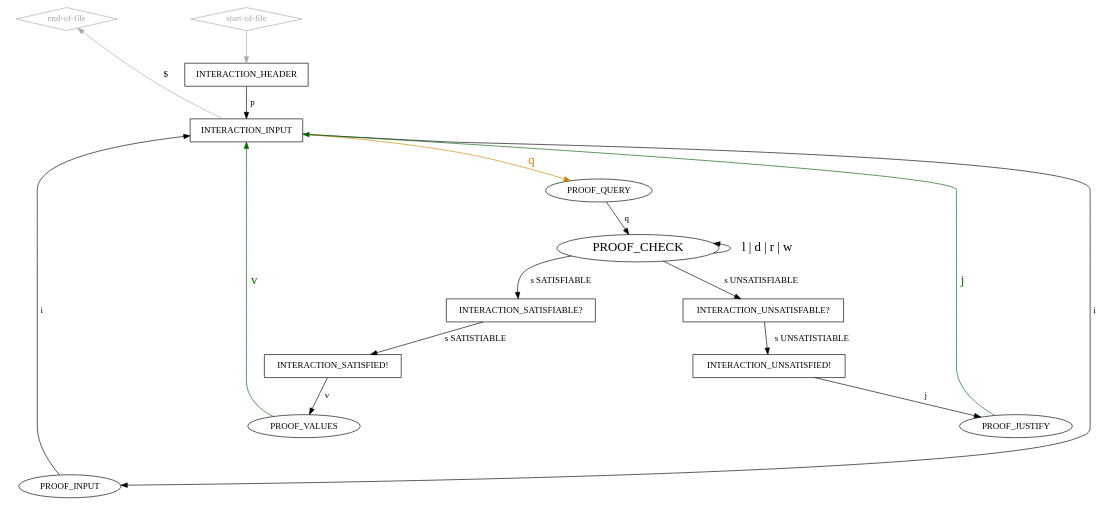
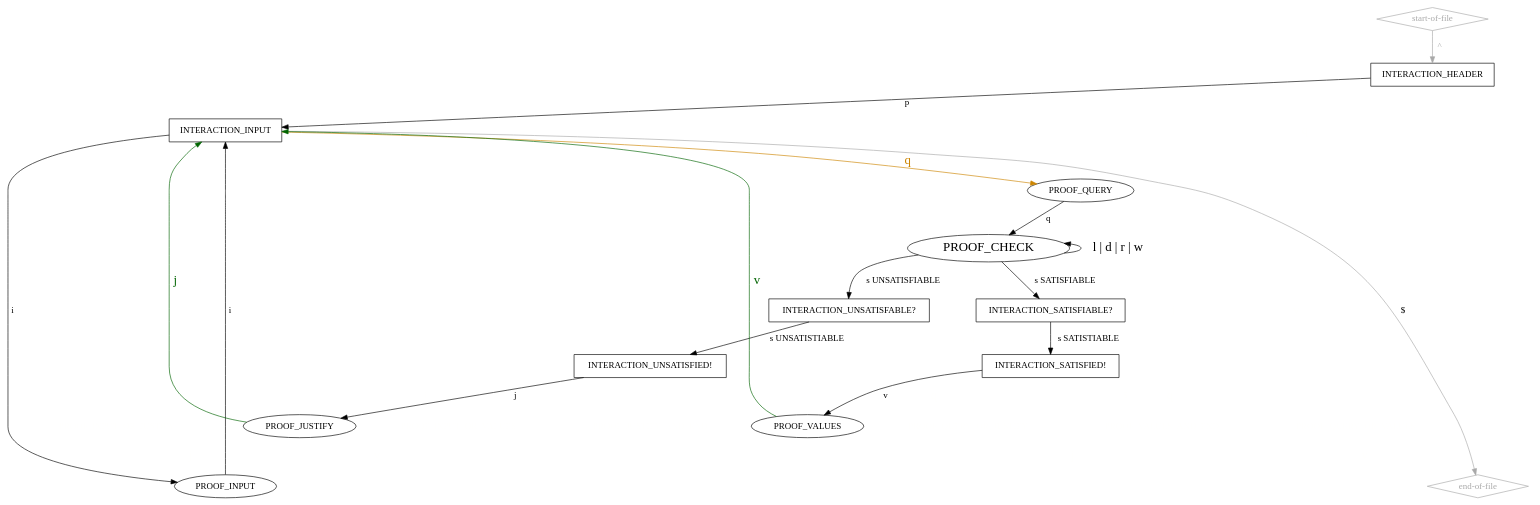
The diagram in idrup-check-pedantic.dot (arminbiere/lidrup-check), drawn with Graphviz before and after one commit. The commit also changed 2 other files, not shown here.

```diff
--- a/idrup-check-pedantic.dot
+++ b/idrup-check-pedantic.dot
@@ -1,65 +1,72 @@
 digraph "idrup-check" {
 
   "start-of-file" [shape=diamond,color=darkgray,fontcolor=darkgray];
-  "start-of-file" -> INTERACTION_HEADER [weight=2,color=darkgray];
+  "start-of-file" -> INTERACTION_HEADER [label=" ^ ",weight=2,color=darkgray,fontcolor=darkgray];
 
   "end-of-file" [shape=diamond,color=darkgray,fontcolor=darkgray];
 
   // INTERACTION_HEADER -> "end-of-file";
   // INTERACTION_INPUT -> "end-of-file";
    "end-of-file" -> INTERACTION_HEADER [label="$    ",dir=back,color=darkgray,style=invis];
    "end-of-file" -> INTERACTION_INPUT [label="$    ",dir=back,color=darkgray];
 
   INTERACTION_HEADER [shape=box];
   INTERACTION_HEADER -> PROOF_INPUT [label=" i ",style=invis];
   INTERACTION_HEADER -> PROOF_QUERY [label=" q ",color=invis,fontsize=20,fontcolor=invis];
   INTERACTION_HEADER -> INTERACTION_INPUT [label=" p ",weight=2];
 
   INTERACTION_INPUT [shape=box];
   INTERACTION_INPUT -> PROOF_INPUT [label=" i ",weight=2];
   INTERACTION_INPUT -> PROOF_QUERY [label=" q ",weight=2,color=orange3,fontsize=20,fontcolor=orange3];
 
   PROOF_INPUT -> INTERACTION_INPUT [label=" i ",weight=3];
 
   PROOF_QUERY -> PROOF_CHECK [label=" q "];
 
   PROOF_CHECK [fontsize=20];
   PROOF_CHECK -> PROOF_CHECK [label=" l | d | r | w ",dir=back,fontsize=20];
   PROOF_CHECK -> INTERACTION_SATISFIABLE [label=" s SATISFIABLE "];
   PROOF_CHECK -> INTERACTION_UNSATISFABLE [label=" s UNSATISFIABLE "];
 
   INTERACTION_UNSATISFABLE [shape="box",label="INTERACTION_UNSATISFABLE?"];
   INTERACTION_UNSATISFABLE -> INTERACTION_UNSATISFIED [label=" s UNSATISTIABLE "];
 
   INTERACTION_SATISFIABLE [shape="box",label="INTERACTION_SATISFIABLE?"];
   INTERACTION_SATISFIABLE -> INTERACTION_SATISFIED [label=" s SATISTIABLE "];
 
   INTERACTION_SATISFIED [shape=box,label="INTERACTION_SATISFIED!"];
   INTERACTION_SATISFIED -> PROOF_VALUES [label=" v "];
   INTERACTION_SATISFIED -> PROOF_INPUT_OR_VALUES [label=" i ",color=invis,fontcolor=invis];
   INTERACTION_SATISFIED -> PROOF_QUERY_OR_VALUES [label=" q ", color=invis,fontsize=20,fontcolor=invis];
+  INTERACTION_SATISFIED -> PROOF_VALUES_AND_END [label=" $ ",color=invis,fontcolor=invis];
 
   INTERACTION_UNSATISFIED [shape=box,label="INTERACTION_UNSATISFIED!"];
   INTERACTION_UNSATISFIED -> PROOF_JUSTIFY [label=" j "];
   INTERACTION_UNSATISFIED -> PROOF_INPUT_OR_JUSTIFY [label=" i ",color=invis,fontcolor=invis];
   INTERACTION_UNSATISFIED -> PROOF_QUERY_OR_JUSTIFY [label=" q ",color=invis,fontsize=20,fontcolor=invis];
+  INTERACTION_UNSATISFIED -> PROOF_JUSTIFY_AND_END [label=" $ ",color=invis,fontcolor=invis];
+
+  PROOF_VALUES_AND_END [color=invis,fontcolor=invis]
+  PROOF_VALUES_AND_END -> "end-of-file" [label=" v ",color=invis,fontsize=20,fontcolor=invis];
+  PROOF_JUSTIFY_AND_END [color=invis,fontcolor=invis]
+  PROOF_JUSTIFY_AND_END -> "end-of-file" [label=" j ",color=invis,fontsize=20,fontcolor=invis];
 
   PROOF_VALUES -> INTERACTION_INPUT [label=" v ",color=darkgreen,fontsize=20,fontcolor=darkgreen];
   PROOF_JUSTIFY -> INTERACTION_INPUT [label=" j ",color=darkgreen,fontsize=20,fontcolor=darkgreen];
 
   PROOF_INPUT_OR_VALUES [color=invis,fontcolor=invis];
   PROOF_INPUT_OR_VALUES -> INTERACTION_INPUT [label=" i ",color=invis,fontcolor=invis];
   PROOF_INPUT_OR_VALUES -> PROOF_INPUT [label=" v ", color=invis,fontcolor=invis,fontsize=20];
 
   PROOF_QUERY_OR_VALUES [color=invis,fontcolor=invis];
   PROOF_QUERY_OR_VALUES -> PROOF_QUERY [label=" v ",color=invis,fontcolor=invis,fontsize=20];
   PROOF_QUERY_OR_VALUES -> PROOF_CHECK [label=" q ",color=invis,fontcolor=invis];
 
   PROOF_QUERY_OR_JUSTIFY [color=invis,fontcolor=invis];
   PROOF_QUERY_OR_JUSTIFY -> PROOF_QUERY [label=" j ",color=invis,fontcolor=invis,fontsize=20];
   PROOF_QUERY_OR_JUSTIFY -> PROOF_CHECK [label=" q ",color=invis,fontcolor=invis];
 
   PROOF_INPUT_OR_JUSTIFY [color=invis,fontcolor=invis];
   PROOF_INPUT_OR_JUSTIFY -> PROOF_INPUT [label=" j ",color=invis,fontcolor=invis,fontsize=20];
   PROOF_INPUT_OR_JUSTIFY -> INTERACTION_INPUT [label=" i ",color=invis,fontcolor=invis];
 }
```
